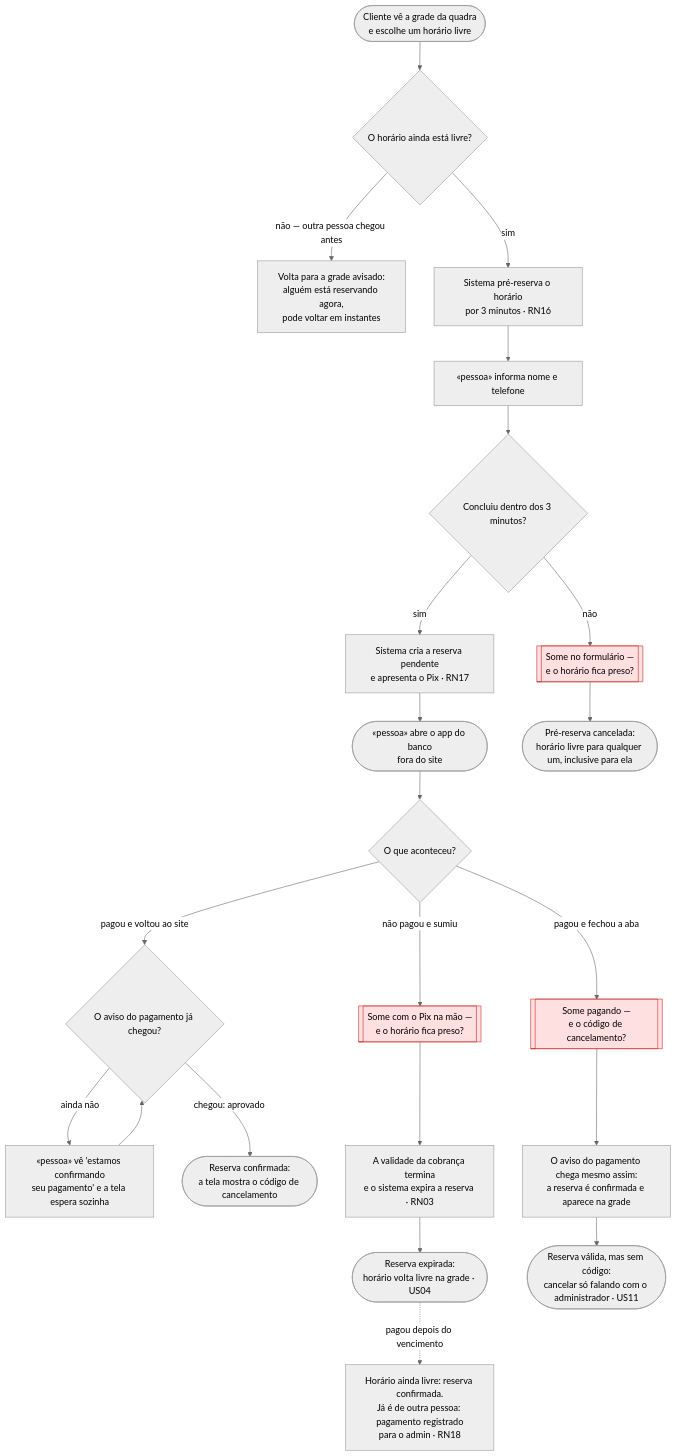
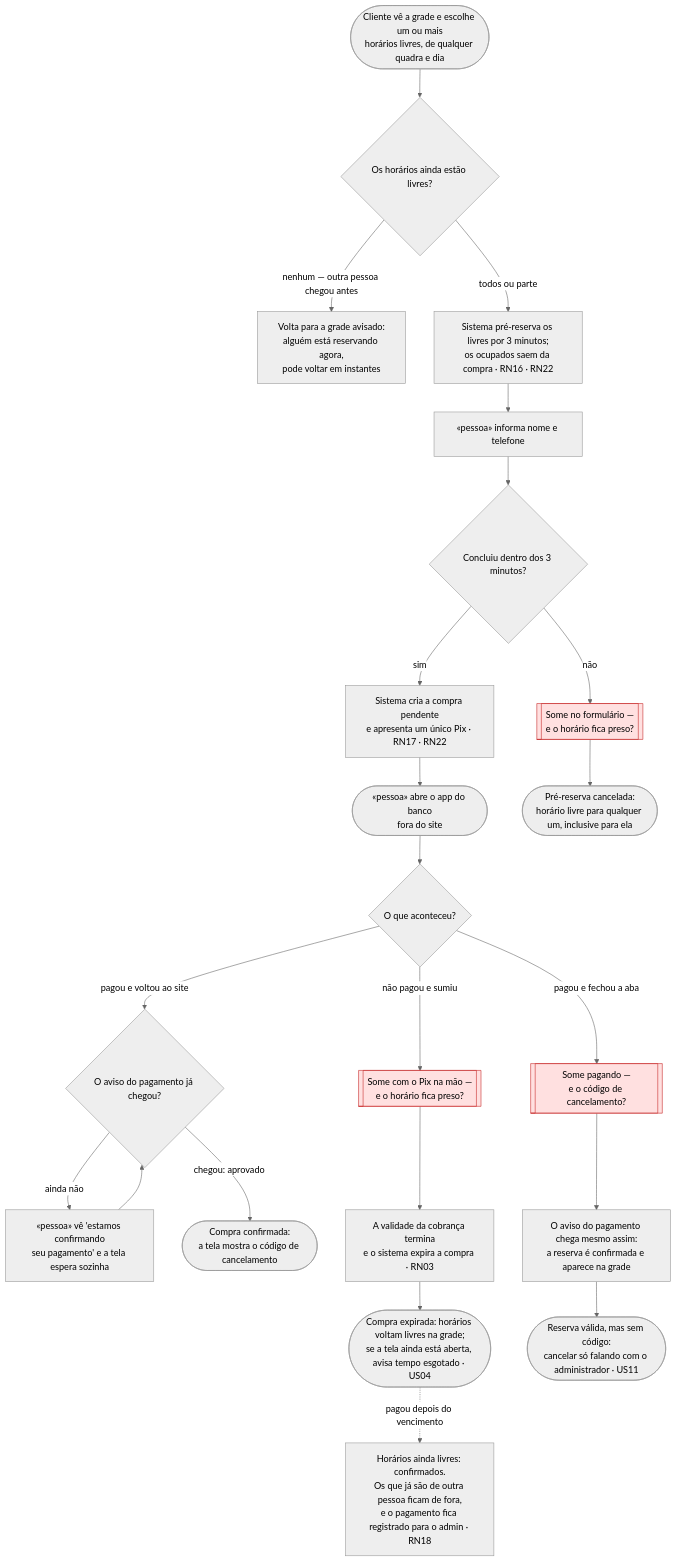
One commit to LuizGustavoSantiagoo/reserva-de-horarios changed the diagram in docs/user-flows.md. Above: the diagram before and after it, drawn with Mermaid (neutral theme). The commit also changed other lines of this file, not shown here.

Commit message:
📚 docs: jornada com compra de vários horários

````diff
--- a/docs/user-flows.md
+++ b/docs/user-flows.md
@@ -30,28 +30,28 @@
 ```mermaid
 flowchart TD
-    A(["Cliente vê a grade da quadra<br/>e escolhe um horário livre"]) --> B{"O horário ainda está livre?"}
-    B -->|"não — outra pessoa chegou antes"| B1["Volta para a grade avisado:<br/>alguém está reservando agora,<br/>pode voltar em instantes"]
-    B -->|"sim"| C["Sistema pré-reserva o horário<br/>por 3 minutos · RN16"]
+    A(["Cliente vê a grade e escolhe um ou mais<br/>horários livres, de qualquer quadra e dia"]) --> B{"Os horários ainda estão livres?"}
+    B -->|"nenhum — outra pessoa chegou antes"| B1["Volta para a grade avisado:<br/>alguém está reservando agora,<br/>pode voltar em instantes"]
+    B -->|"todos ou parte"| C["Sistema pré-reserva os livres por 3 minutos;<br/>os ocupados saem da compra · RN16 · RN22"]
     C --> D["«pessoa» informa nome e telefone"]
     D --> E{"Concluiu dentro dos 3 minutos?"}
     E -->|"não"| X1[["Some no formulário —<br/>e o horário fica preso?"]]
-    E -->|"sim"| F["Sistema cria a reserva pendente<br/>e apresenta o Pix · RN17"]
+    E -->|"sim"| F["Sistema cria a compra pendente<br/>e apresenta um único Pix · RN17 · RN22"]
     F --> G(["«pessoa» abre o app do banco<br/>fora do site"])
     G --> H{"O que aconteceu?"}
     H -->|"não pagou e sumiu"| X2[["Some com o Pix na mão —<br/>e o horário fica preso?"]]
     H -->|"pagou e fechou a aba"| X3[["Some pagando —<br/>e o código de cancelamento?"]]
     H -->|"pagou e voltou ao site"| I{"O aviso do pagamento já chegou?"}
     I -->|"ainda não"| J["«pessoa» vê 'estamos confirmando<br/>seu pagamento' e a tela espera sozinha"]
     J --> I
-    I -->|"chegou: aprovado"| K(["Reserva confirmada:<br/>a tela mostra o código de cancelamento"])
-    X2 --> L["A validade da cobrança termina<br/>e o sistema expira a reserva · RN03"]
-    L --> M(["Reserva expirada:<br/>horário volta livre na grade · US04"])
-    M -.->|"pagou depois do vencimento"| N["Horário ainda livre: reserva confirmada.<br/>Já é de outra pessoa: pagamento registrado<br/>para o admin · RN18"]
+    I -->|"chegou: aprovado"| K(["Compra confirmada:<br/>a tela mostra o código de cancelamento"])
+    X2 --> L["A validade da cobrança termina<br/>e o sistema expira a compra · RN03"]
+    L --> M(["Compra expirada: horários voltam livres na grade;<br/>se a tela ainda está aberta, avisa tempo esgotado · US04"])
+    M -.->|"pagou depois do vencimento"| N["Horários ainda livres: confirmados.<br/>Os que já são de outra pessoa ficam de fora,<br/>e o pagamento fica registrado para o admin · RN18"]
     X3 --> O["O aviso do pagamento chega mesmo assim:<br/>a reserva é confirmada e aparece na grade"]
     O --> P(["Reserva válida, mas sem código:<br/>cancelar só falando com o administrador · US11"])
     X1 --> Q(["Pré-reserva cancelada:<br/>horário livre para qualquer um, inclusive para ela"])
 
     style X1 fill:#ffe0e0,stroke:#c62828
     style X2 fill:#ffe0e0,stroke:#c62828
     style X3 fill:#ffe0e0,stroke:#c62828
 ```
````
